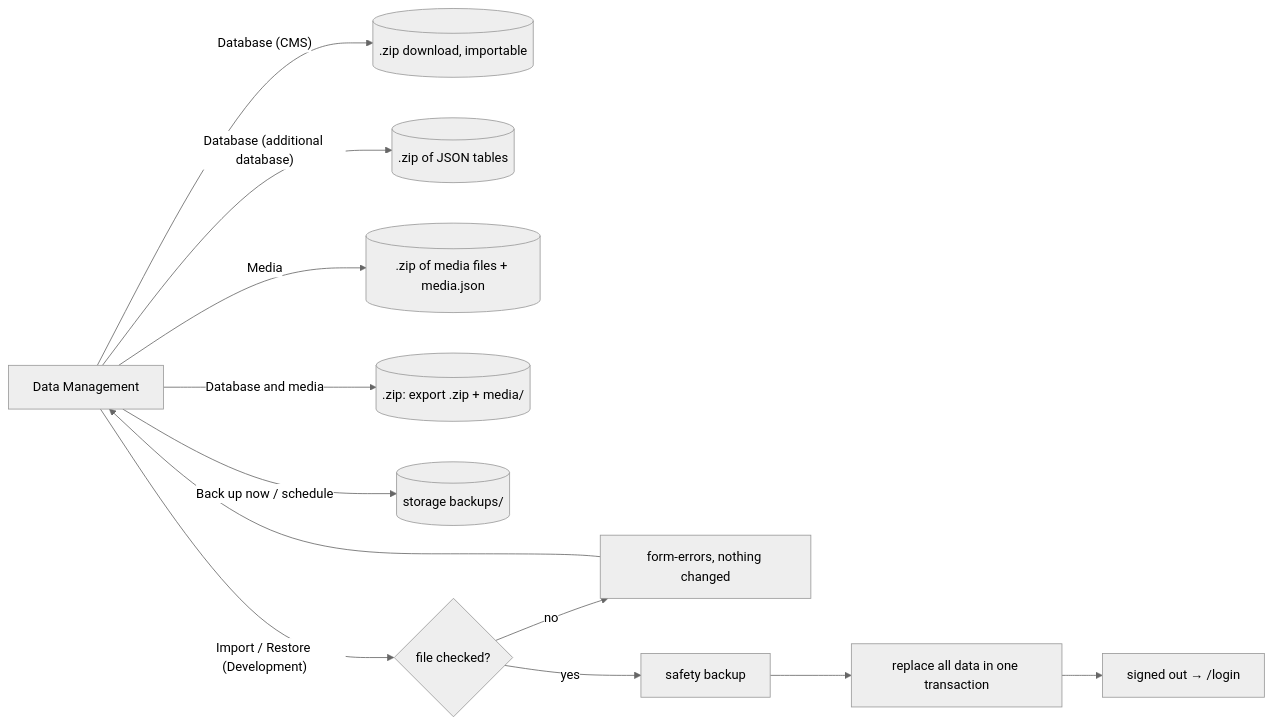
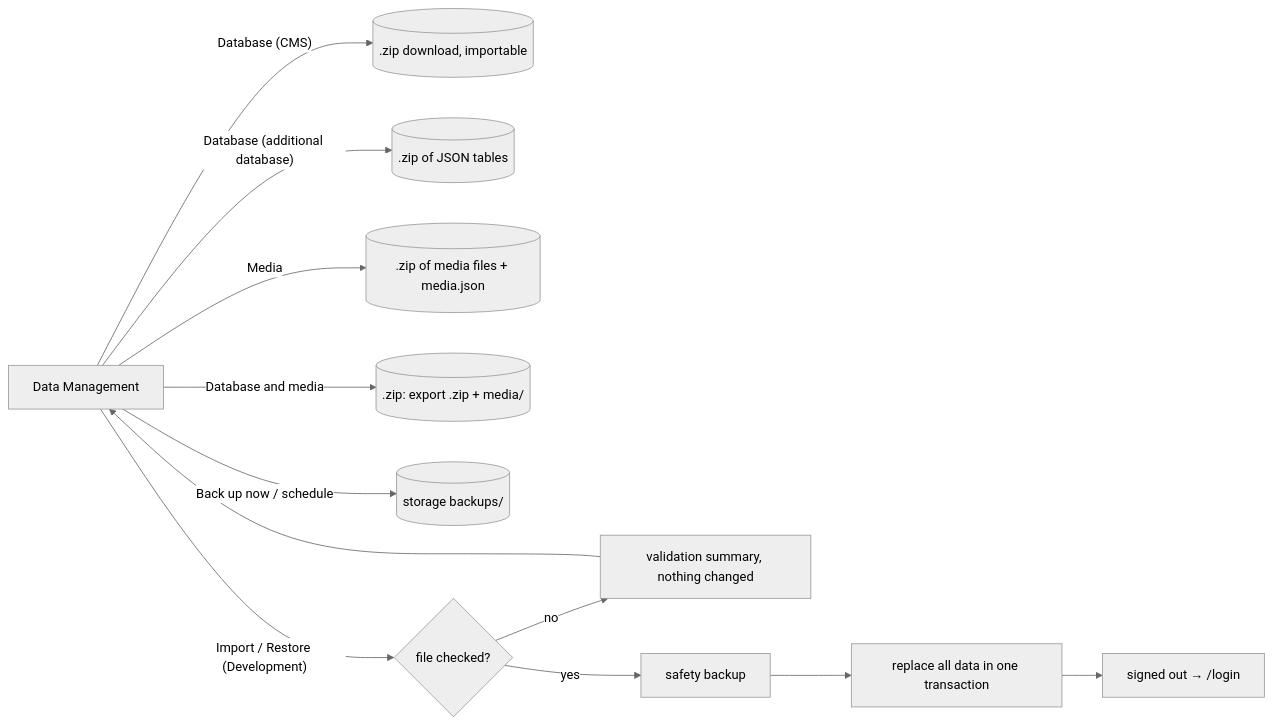
One commit to Albadit/DotNetForge changed the diagram in .docs/pages/data-management.md. Above: the diagram before and after it, drawn with Mermaid (neutral theme). The commit also changed other lines of this file and 412 other files, not shown here.

````diff
--- a/.docs/pages/data-management.md
+++ b/.docs/pages/data-management.md
@@ -221,11 +221,11 @@
 ```mermaid
 flowchart LR
     T[Data Management] -- "Database (CMS)" --> Z[(.zip download, importable)]
     T -- "Database (additional database)" --> J[(.zip of JSON tables)]
     T -- "Media" --> M[(.zip of media files + media.json)]
     T -- "Database and media" --> F[(.zip: export .zip + media/)]
     T -- Back up now / schedule --> B[(storage backups/)]
     T -- "Import / Restore (Development)" --> C{file checked?}
-    C -- no --> E[form-errors, nothing changed] --> T
+    C -- no --> E[validation summary, nothing changed] --> T
     C -- yes --> S[safety backup] --> R[replace all data in one transaction] --> L[signed out → /login]
 ```
````
